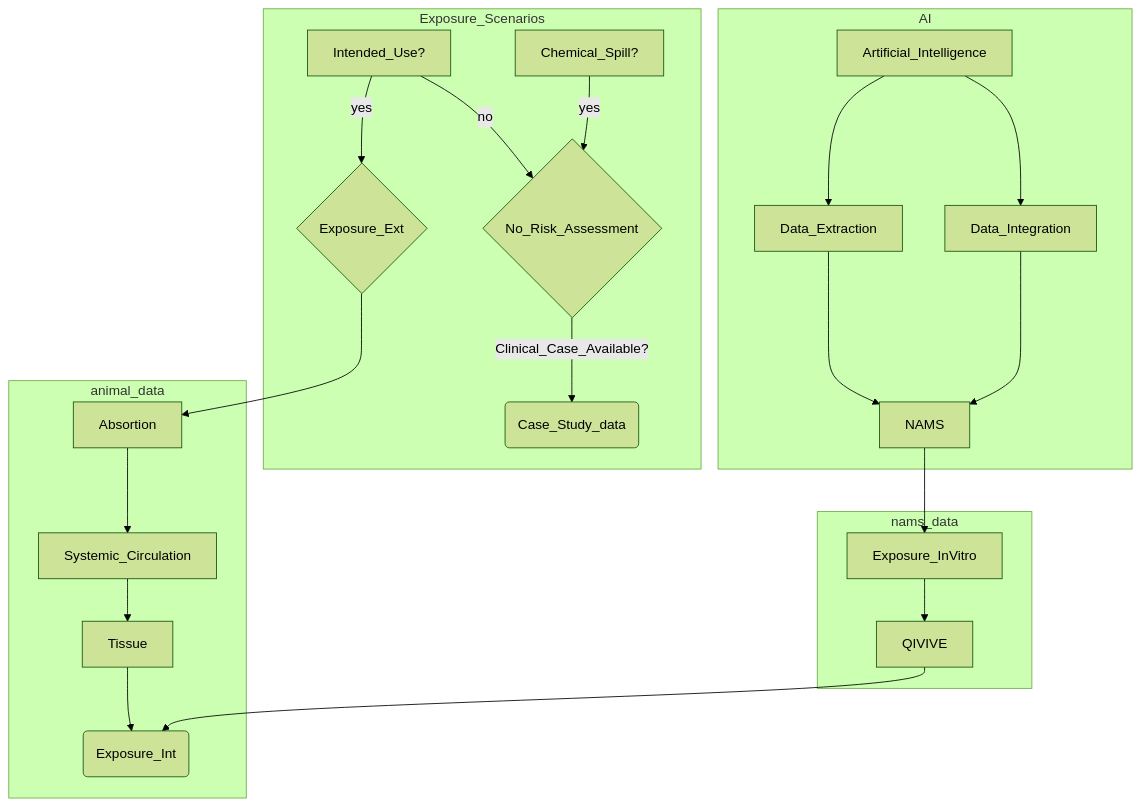
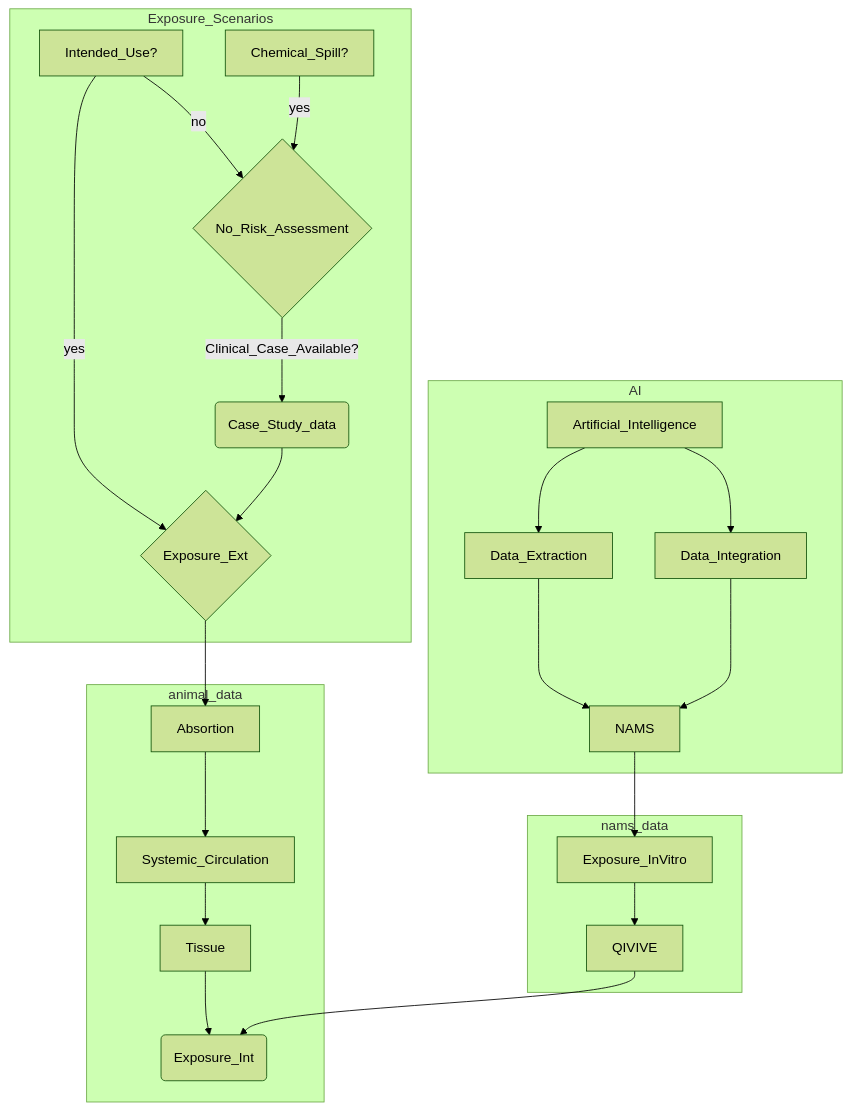
The diagram in ProbRA.md (ontox-hu/workflows), drawn with Mermaid (forest theme) before and after one commit.

````diff
--- a/ProbRA.md
+++ b/ProbRA.md
@@ -2,50 +2,50 @@
 ```mermaid
 flowchart TD
 
 
   subgraph Exposure_Scenarios
   
   Intended_Use?-->|yes| Exposure_Ext{Exposure_Ext}
   Intended_Use?-->|no| No_Risk_Assessment{No_Risk_Assessment}
   Chemical_Spill?-->|yes| No_Risk_Assessment{No_Risk_Assessment}
   No_Risk_Assessment{No_Risk_Assessment}--> |Clinical_Case_Available?| Case_Study_Data(Case_Study_data)
-  
+  Case_Study_Data(Case_Study_data)-->Exposure_Ext{Exposure_Ext}
   
   
   end
 
   %%%%%%%%%%%%%%%%%%%%%%%%%%%%%%%%%%%%%%%%%%%%%%%%%%%
 
   subgraph AI
 
   Artificial_Intelligence-->Data_Extraction
   Data_Extraction-->NAMS
   Artificial_Intelligence-->Data_Integration
   
   end
   
   %%%%%%%%%%%%%%%%%%%%%%%%%%%%%%%%%%%%%%%%%%%%%%%%%
   
   subgraph animal_data
   
   Exposure_Ext-->Absortion
   Absortion-->Systemic_Circulation
   Systemic_Circulation-->Tissue
   Tissue-->Exposure_Int(Exposure_Int)
   
   end
   
   %%%%%%%%%%%%%%%%%%%%%%%%%%%%%%%%%%%%%%%%%%%%%%%%%%
   
   subgraph nams_data
   
   NAMS-->Exposure_InVitro
   Data_Integration-->NAMS
   Exposure_InVitro-->QIVIVE
   QIVIVE-->Exposure_Int
   
   end
   
   %%%%%%%%%%%%%%%%%%%%%%%%%%%%%%%%%%%%%%%%%%%%%%%%%%%
   
 ```
````
